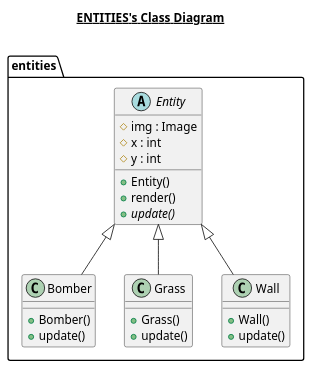
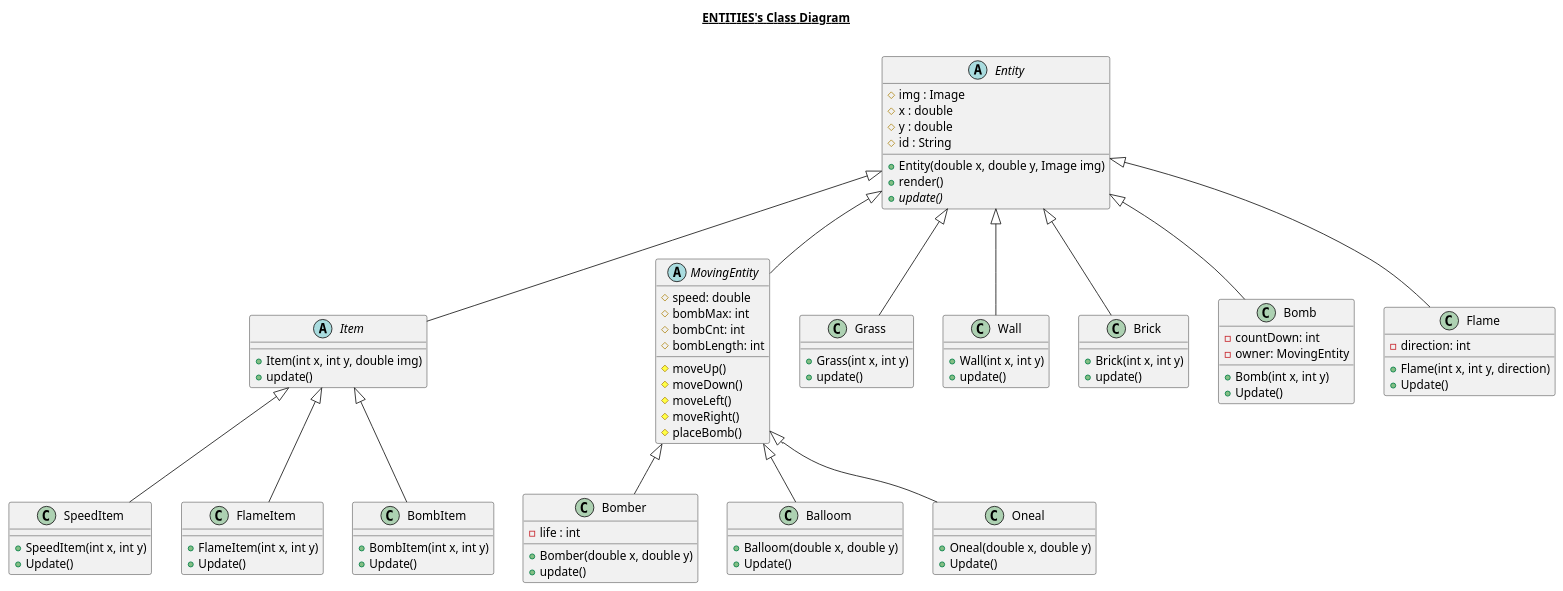
The diagram in src/uet/oop/bomberman/entities/entities.plantuml (LittleCuteBug/BomberMan), drawn with PlantUML before and after one commit.

Commit message:
Update UML

```diff
--- a/src/uet/oop/bomberman/entities/entities.plantuml
+++ b/src/uet/oop/bomberman/entities/entities.plantuml
@@ -1,30 +1,103 @@
 @startuml
 
 title __ENTITIES's Class Diagram__\n
+    abstract class Entity {
+        # img : Image
+        # x : double
+        # y : double
+        # id : String
+        + Entity(double x, double y, Image img)
+        + render()
+        {abstract} + update()
+    }
 
-  class entities.Bomber {
-      + Bomber()
-      + update()
-  }
-  abstract class entities.Entity {
-      # img : Image
-      # x : int
-      # y : int
-      + Entity()
-      + render()
-      {abstract} + update()
-  }
-  class entities.Grass {
-      + Grass()
-      + update()
-  }
-  class entities.Wall {
-      + Wall()
-      + update()
-  }
-  
-  entities.Bomber -up-|> entities.Entity
-  entities.Grass -up-|> entities.Entity
-  entities.Wall -up-|> entities.Entity
+    Grass -up-|> Entity
+    class Grass {
+        + Grass(int x, int y)
+        + update()
+    }
 
+    Wall -up-|> Entity
+    class Wall {
+        + Wall(int x, int y)
+        + update()
+    }
+
+    Brick -up-|> Entity
+    class Brick {
+        + Brick(int x, int y)
+        + update()
+    }
+
+    MovingEntity -up-|> Entity
+    abstract class MovingEntity {
+        # speed: double
+        # bombMax: int
+        # bombCnt: int
+        # bombLength: int
+
+        # moveUp()
+        # moveDown()
+        # moveLeft()
+        # moveRight()
+        # placeBomb()
+    }
+
+    Bomber -up-|> MovingEntity
+    class Bomber {
+        - life : int
+        + Bomber(double x, double y)
+        + update()
+    }
+
+    Balloom -up-|> MovingEntity
+    class Balloom {
+        + Balloom(double x, double y)
+        + Update()
+    }
+
+    Oneal -up-|> MovingEntity
+    class Oneal {
+        + Oneal(double x, double y)
+        + Update()
+    }
+
+    Item -up-|> Entity
+    abstract class Item {
+        + Item(int x, int y, double img)
+        + update()
+    }
+
+    SpeedItem -up-|> Item
+    class SpeedItem {
+        + SpeedItem(int x, int y)
+        + Update()
+    }
+
+    FlameItem -up-|> Item
+    class FlameItem {
+        + FlameItem(int x, int y)
+        + Update()
+    }
+
+    BombItem -up-|> Item
+    class BombItem {
+        + BombItem(int x, int y)
+        + Update()
+    }
+
+    Bomb -up-|> Entity
+    class Bomb {
+        - countDown: int
+        - owner: MovingEntity
+        + Bomb(int x, int y)
+        + Update()
+    }
+
+    Flame -up-|> Entity
+    class Flame {
+        - direction: int
+        + Flame(int x, int y, direction)
+        + Update()
+    }
 @enduml
```
